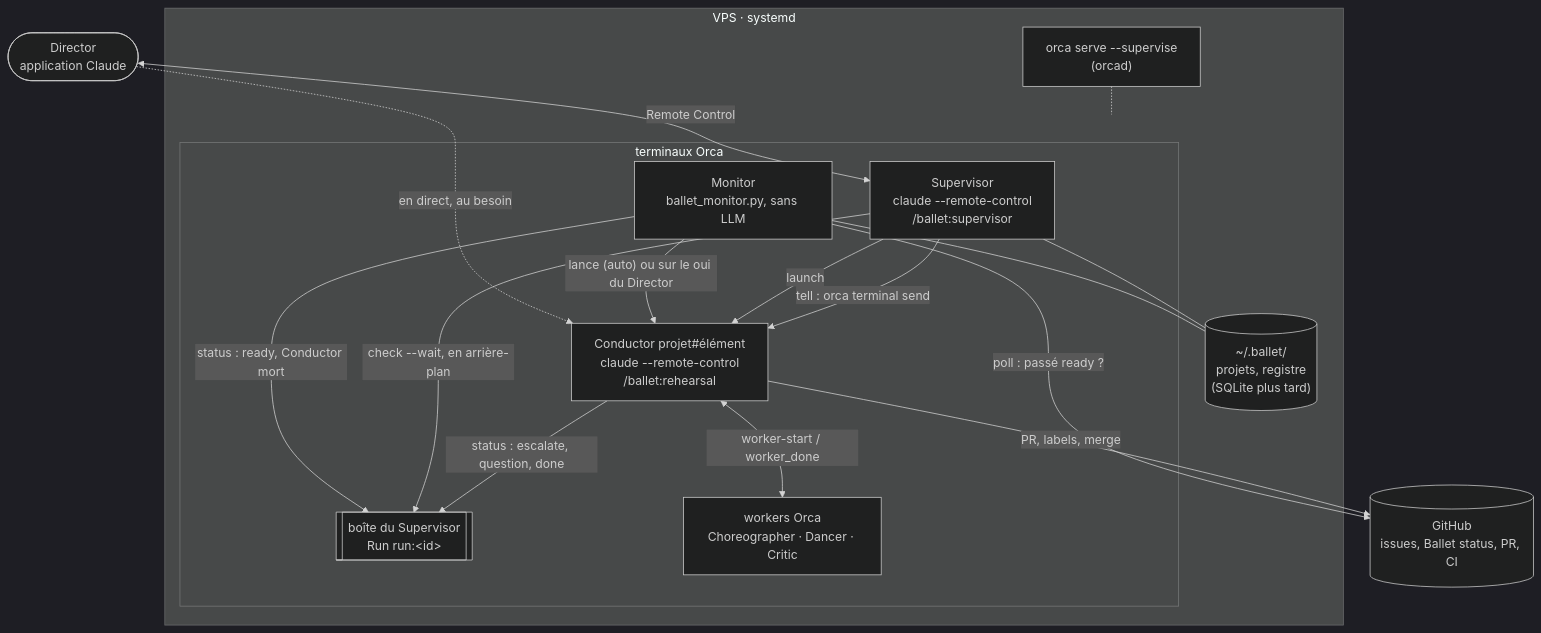
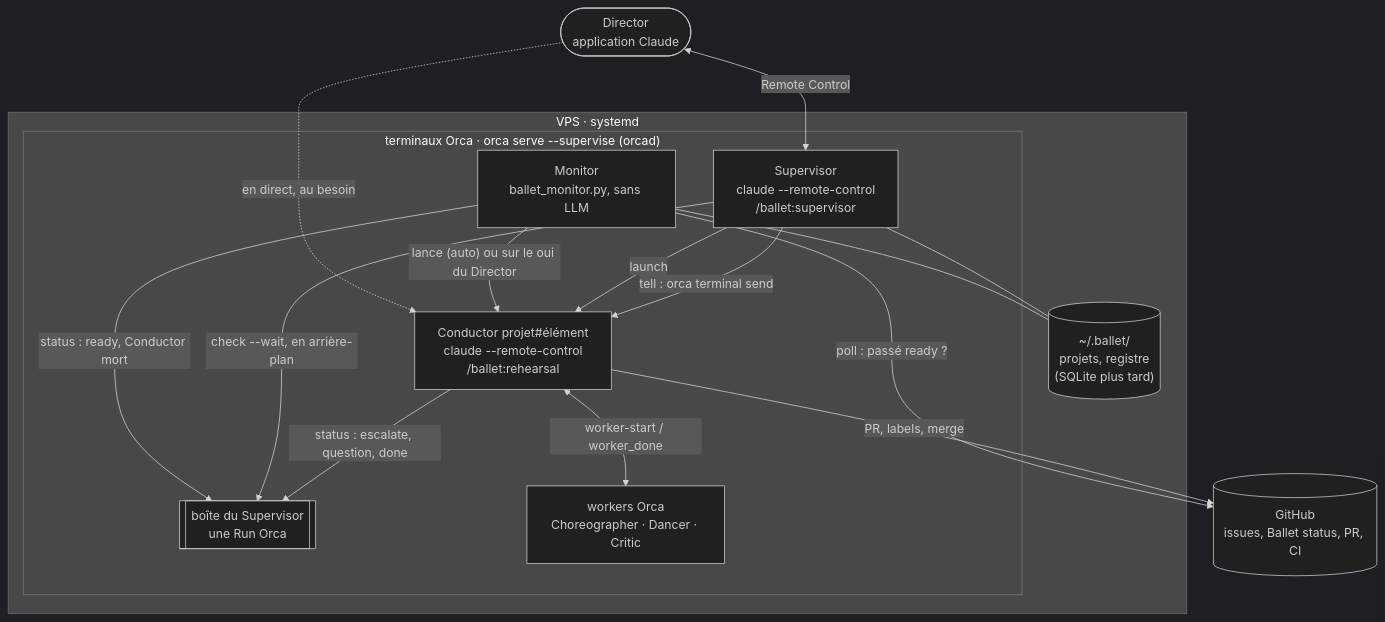
One commit to bdridi/ballet changed the first of 3 diagrams in docs/spikes/0001-superviseur-boite-orca.md. Above: the diagram before and after it, drawn with Mermaid (dark theme). The commit also changed 1 other file, not shown here.

Commit message:
docs: spike 0001 — schémas Mermaid simplifiés pour les anciens rendus ; la Scène lente devient OPP-73 (OPP-72 est pris sur main)

````diff
--- a/docs/spikes/0001-superviseur-boite-orca.md
+++ b/docs/spikes/0001-superviseur-boite-orca.md
@@ -106,32 +106,30 @@
 ```mermaid
 flowchart TB
     director(["Director<br/>application Claude"])
     github[("GitHub<br/>issues, Ballet status, PR, CI")]
 
     subgraph vps["VPS · systemd"]
-        orcad["orca serve --supervise<br/>(orcad)"]
-        subgraph orca["terminaux Orca"]
+        subgraph orca["terminaux Orca · orca serve --supervise (orcad)"]
             supervisor["Supervisor<br/>claude --remote-control<br/>/ballet:supervisor"]
-            mailbox[["boîte du Supervisor<br/>Run run:&lt;id&gt;"]]
+            mailbox[["boîte du Supervisor<br/>une Run Orca"]]
             daemon["Monitor<br/>ballet_monitor.py, sans LLM"]
             conductor["Conductor projet#élément<br/>claude --remote-control<br/>/ballet:rehearsal"]
             workers["workers Orca<br/>Choreographer · Dancer · Critic"]
         end
         state[("~/.ballet/<br/>projets, registre<br/>(SQLite plus tard)")]
     end
 
     director <-->|Remote Control| supervisor
     director -.->|en direct, au besoin| conductor
     daemon -->|"poll : passé ready ?"| github
     daemon -->|"status : ready, Conductor mort"| mailbox
     daemon -->|"lance (auto) ou sur le oui du Director"| conductor
     daemon --- state
     supervisor -->|"check --wait, en arrière-plan"| mailbox
     supervisor -->|"launch"| conductor
     supervisor -->|"tell : orca terminal send"| conductor
     supervisor --- state
     conductor -->|"status : escalate, question, done"| mailbox
     conductor <-->|"worker-start / worker_done"| workers
     conductor -->|"PR, labels, merge"| github
-    orcad -.- orca
 ```
````
